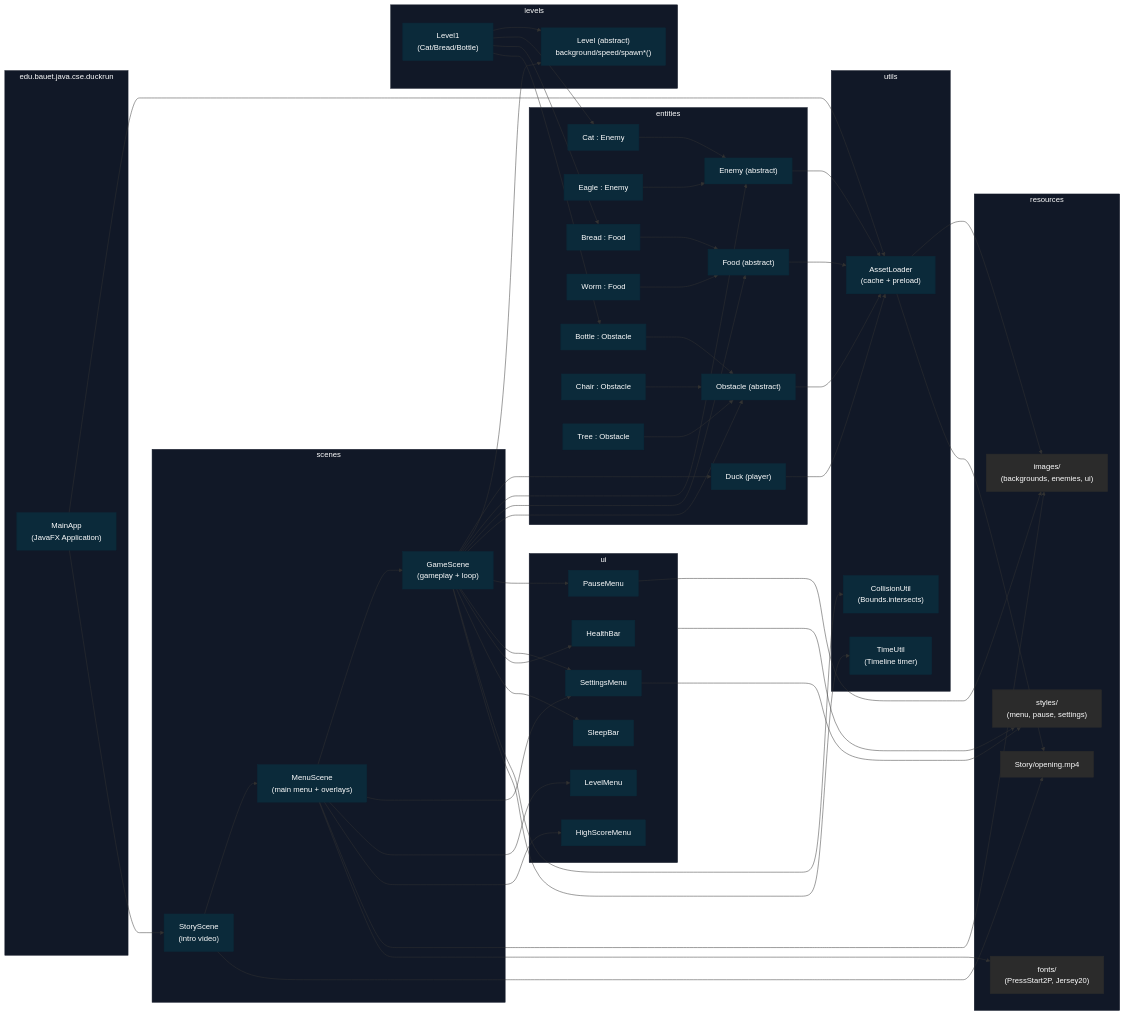
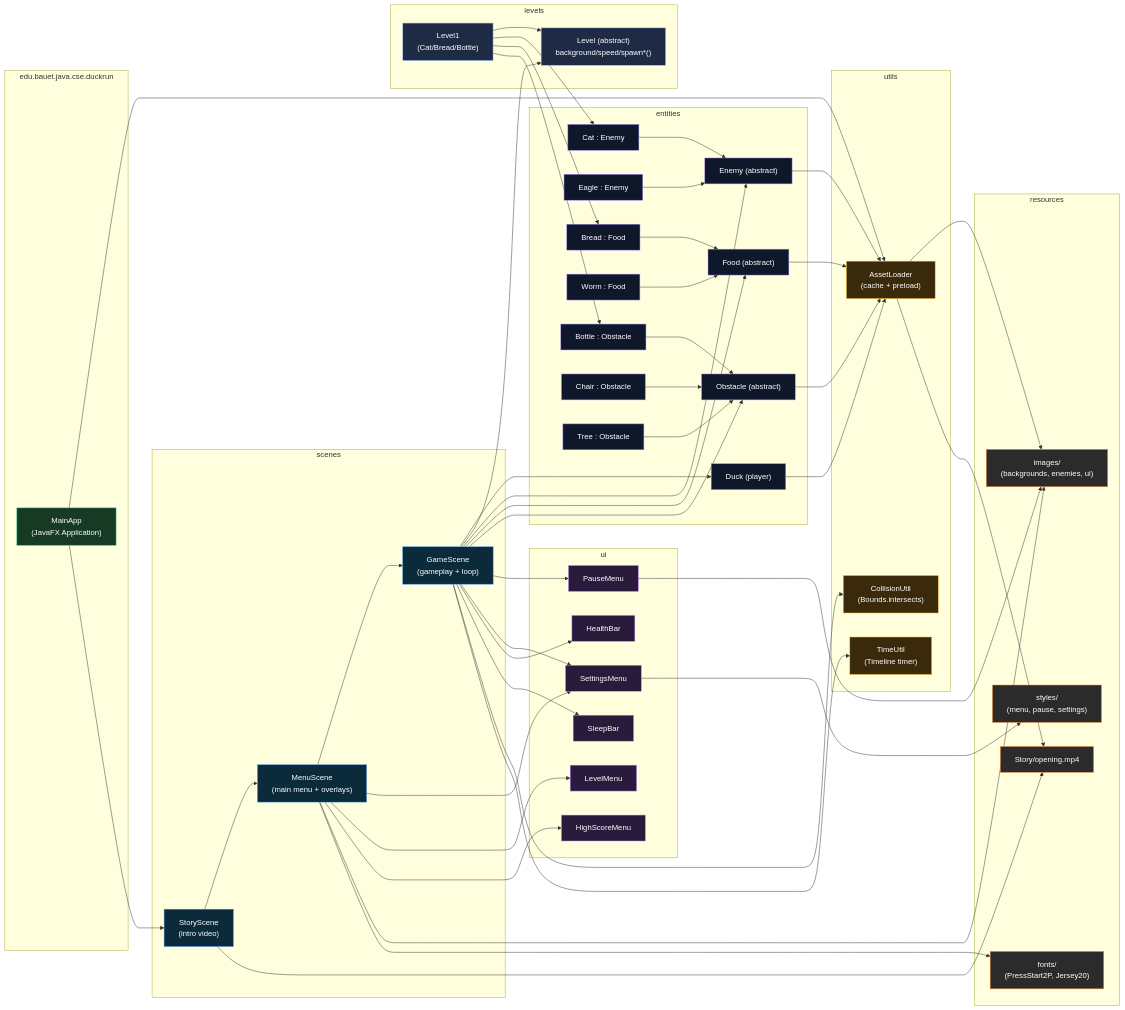
The third of 3 diagrams in docs/PROJECT_FLOWCHART.md (MdRasB/Duck_Dash), drawn with Mermaid before and after one commit. The commit also changed other lines of this file and 3 other files, not shown here.

Commit message:
flowchart update

````diff
--- a/docs/PROJECT_FLOWCHART.md
+++ b/docs/PROJECT_FLOWCHART.md
@@ -151,36 +165,36 @@
   %% Package architecture
   %% =====================
 
-  subgraph APP[edu.bauet.java.cse.duckrun]
+  subgraph APP ["edu.bauet.java.cse.duckrun"]
     MainApp["MainApp\n(JavaFX Application)"]
   end
 
-  subgraph SCENES[scenes]
+  subgraph SCENES ["scenes"]
     StoryScene["StoryScene\n(intro video)"]
     MenuScene["MenuScene\n(main menu + overlays)"]
     GameScene["GameScene\n(gameplay + loop)"]
   end
 
-  subgraph LEVELS[levels]
+  subgraph LEVELS ["levels"]
     Level["Level (abstract)\nbackground/speed/spawn*()"]
     Level1["Level1\n(Cat/Bread/Bottle)"]
   end
 
-  subgraph ENT[entities]
+  subgraph ENT ["entities"]
     Duck["Duck (player)"]
     Enemy["Enemy (abstract)"]
     Food["Food (abstract)"]
     Obstacle["Obstacle (abstract)"]
-    Cat[Cat : Enemy]
-    Eagle[Eagle : Enemy]
-    Bread[Bread : Food]
-    Worm[Worm : Food]
-    Bottle[Bottle : Obstacle]
-    Chair[Chair : Obstacle]
-    Tree[Tree : Obstacle]
+    Cat["Cat : Enemy"]
+    Eagle["Eagle : Enemy"]
+    Bread["Bread : Food"]
+    Worm["Worm : Food"]
+    Bottle["Bottle : Obstacle"]
+    Chair["Chair : Obstacle"]
+    Tree["Tree : Obstacle"]
   end
 
-  subgraph UI[ui]
+  subgraph UI ["ui"]
     PauseMenu[PauseMenu]
     SettingsMenu[SettingsMenu]
     HealthBar[HealthBar]
@@ -189,17 +203,17 @@
     HighScoreMenu[HighScoreMenu]
   end
 
-  subgraph UTIL[utils]
+  subgraph UTIL ["utils"]
     AssetLoader["AssetLoader\n(cache + preload)"]
     CollisionUtil["CollisionUtil\n(Bounds.intersects)"]
     TimeUtil["TimeUtil\n(Timeline timer)"]
   end
 
-  subgraph RES[resources]
+  subgraph RES ["resources"]
     Images["images/\n(backgrounds, enemies, ui)"]
     Fonts["fonts/\n(PressStart2P, Jersey20)"]
     CSS["styles/\n(menu, pause, settings)"]
-    Video[Story/opening.mp4]
+    Video["Story/opening.mp4"]
   end
 
   %% Entry + navigation
@@ -249,12 +263,21 @@
   StoryScene --> Video
   AssetLoader --> Images
   AssetLoader --> Video
-  UI --> CSS
 
-  classDef pkg fill:#111827,stroke:#111827,color:#fff;
-  classDef cls fill:#0b2a3a,stroke:#0b2a3a,color:#fff;
-  classDef res fill:#2b2b2b,stroke:#2b2b2b,color:#fff;
-  class APP,SCENES,LEVELS,ENT,UI,UTIL,RES pkg;
-  class MainApp,StoryScene,MenuScene,GameScene,Level,Level1,Duck,Enemy,Food,Obstacle,Cat,Eagle,Bread,Worm,Bottle,Chair,Tree,PauseMenu,SettingsMenu,HealthBar,SleepBar,LevelMenu,HighScoreMenu,AssetLoader,CollisionUtil,TimeUtil cls;
+  %% Color theme (explicit classes so this isn’t monochrome)
+  classDef app fill:#163a24,stroke:#34d399,color:#ffffff;
+  classDef scenes fill:#0b2a3a,stroke:#60a5fa,color:#ffffff;
+  classDef levels fill:#1f2a44,stroke:#93c5fd,color:#ffffff;
+  classDef entities fill:#0f172a,stroke:#a78bfa,color:#ffffff;
+  classDef ui fill:#2a1b3d,stroke:#c084fc,color:#ffffff;
+  classDef util fill:#3a2a0b,stroke:#fbbf24,color:#ffffff;
+  classDef res fill:#2b2b2b,stroke:#fb923c,color:#ffffff;
+
+  class MainApp app;
+  class StoryScene,MenuScene,GameScene scenes;
+  class Level,Level1 levels;
+  class Duck,Enemy,Food,Obstacle,Cat,Eagle,Bread,Worm,Bottle,Chair,Tree entities;
+  class PauseMenu,SettingsMenu,HealthBar,SleepBar,LevelMenu,HighScoreMenu ui;
+  class AssetLoader,CollisionUtil,TimeUtil util;
   class Images,Fonts,CSS,Video res;
 ```
````
